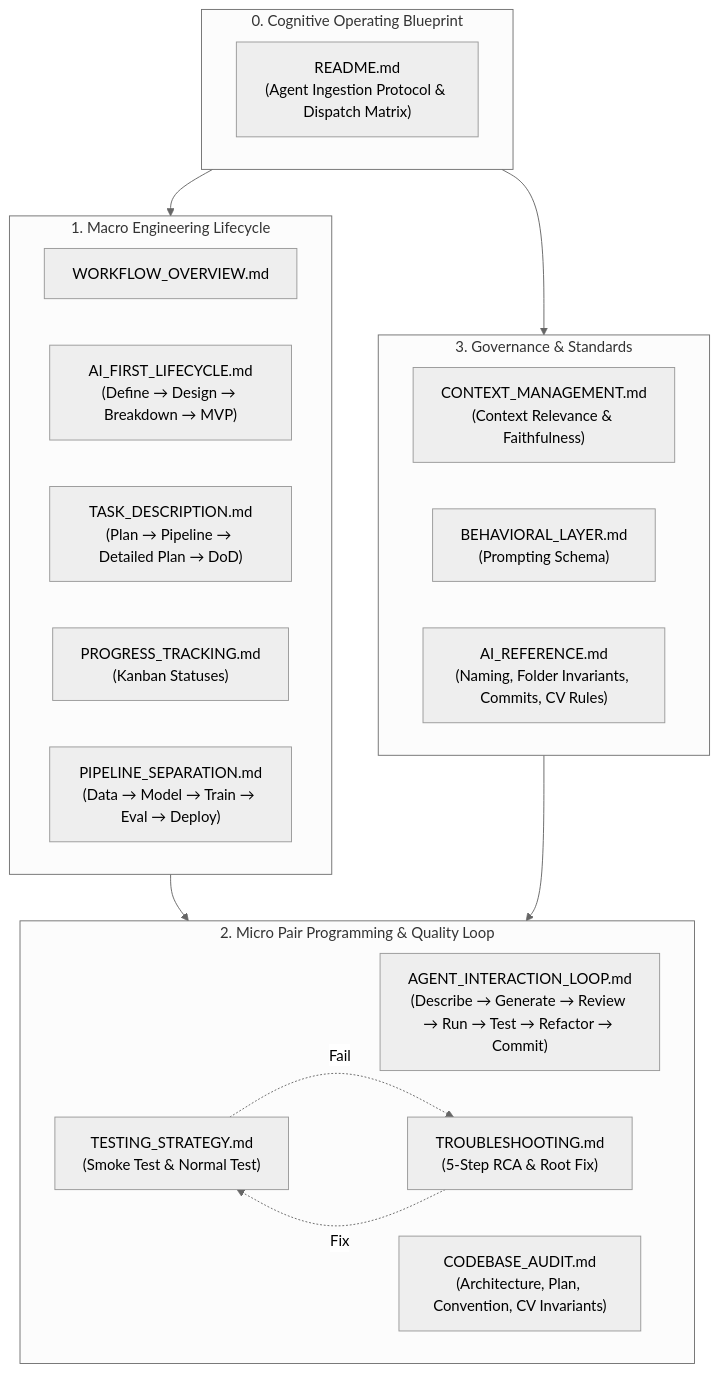
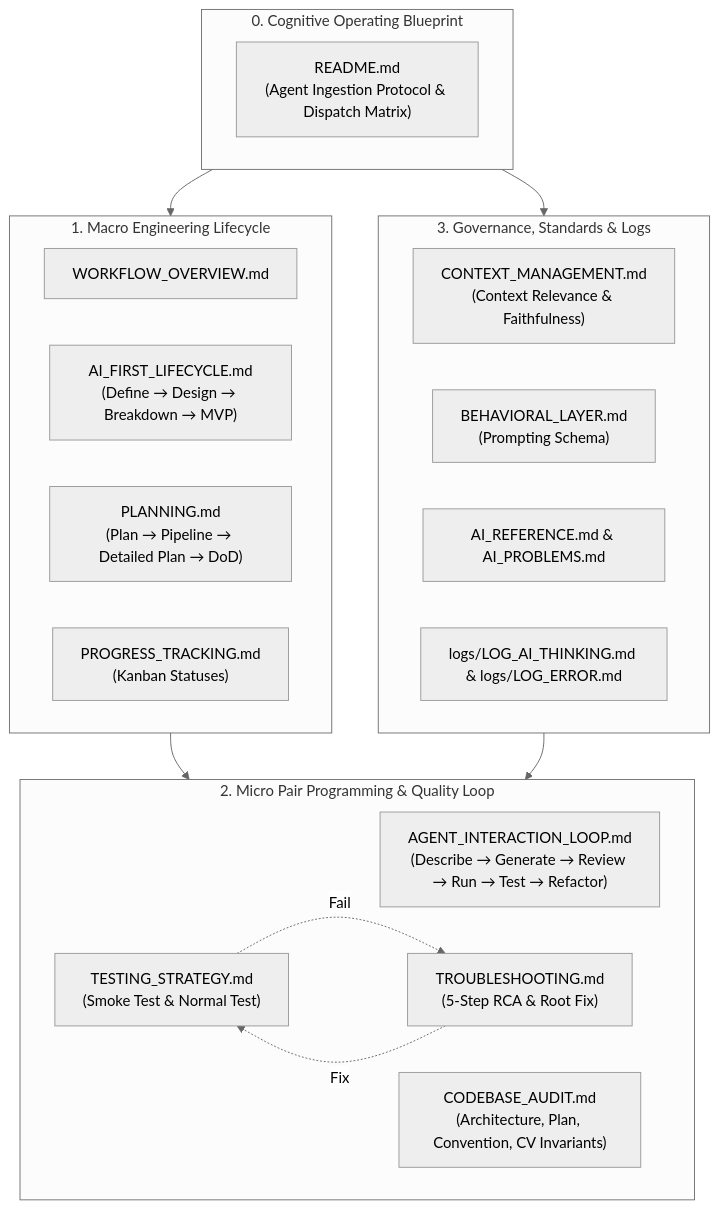
The third of 3 diagrams in .agents/rules/README.md (notworLe/Deeplearning-UTH), drawn with Mermaid (neutral theme) before and after one commit. The commit also changed other lines of this file and 22 other files, not shown here.

````diff
--- a/.agents/rules/README.md
+++ b/.agents/rules/README.md
@@ -107,34 +125,34 @@
 ```mermaid
 flowchart TD
     subgraph Ingestion ["0. Cognitive Operating Blueprint"]
         RM["README.md<br/>(Agent Ingestion Protocol & Dispatch Matrix)"]
     end
 
     subgraph Macro ["1. Macro Engineering Lifecycle"]
         OV["WORKFLOW_OVERVIEW.md"]
         LC["AI_FIRST_LIFECYCLE.md<br/>(Define → Design → Breakdown → MVP)"]
-        TD["TASK_DESCRIPTION.md<br/>(Plan → Pipeline → Detailed Plan → DoD)"]
+        TD["PLANNING.md<br/>(Plan → Pipeline → Detailed Plan → DoD)"]
         PT["PROGRESS_TRACKING.md<br/>(Kanban Statuses)"]
-        PS["PIPELINE_SEPARATION.md<br/>(Data → Model → Train → Eval → Deploy)"]
     end
 
     subgraph Micro ["2. Micro Pair Programming & Quality Loop"]
-        LP["AGENT_INTERACTION_LOOP.md<br/>(Describe → Generate → Review → Run → Test → Refactor → Commit)"]
+        LP["AGENT_INTERACTION_LOOP.md<br/>(Describe → Generate → Review → Run → Test → Refactor)"]
         CA["CODEBASE_AUDIT.md<br/>(Architecture, Plan, Convention, CV Invariants)"]
         TS["TESTING_STRATEGY.md<br/>(Smoke Test & Normal Test)"]
         TB["TROUBLESHOOTING.md<br/>(5-Step RCA & Root Fix)"]
     end
 
-    subgraph Standards ["3. Governance & Standards"]
+    subgraph Standards ["3. Governance, Standards & Logs"]
         CM["CONTEXT_MANAGEMENT.md<br/>(Context Relevance & Faithfulness)"]
         BL["BEHAVIORAL_LAYER.md<br/>(Prompting Schema)"]
-        RF["AI_REFERENCE.md<br/>(Naming, Folder Invariants, Commits, CV Rules)"]
+        RF["AI_REFERENCE.md & AI_PROBLEMS.md"]
+        LG["logs/LOG_AI_THINKING.md & logs/LOG_ERROR.md"]
     end
 
     Ingestion --> Macro
     Ingestion --> Standards
     Macro --> Micro
     Standards --> Micro
     TS -. Fail .-> TB
     TB -. Fix .-> TS
 ```
````
